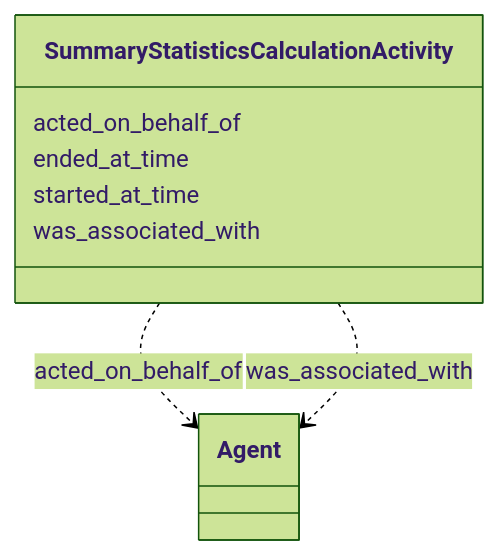
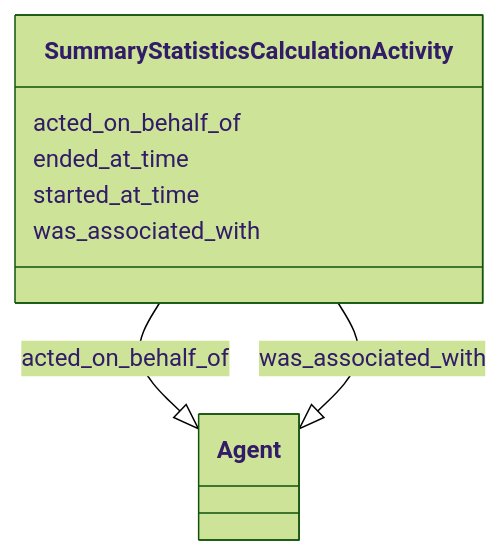
Before and after one commit to INCATools/ontology-access-kit: the diagram in summary-statistics/SummaryStatisticsCalculationActivity.md, drawn with Mermaid (forest theme). The commit also changed other lines of this file and 3011 other files, not shown here.

````diff
--- a/summary-statistics/SummaryStatisticsCalculationActivity.md
+++ b/summary-statistics/SummaryStatisticsCalculationActivity.md
@@ -11,17 +14,17 @@
 ```{mermaid}
  classDiagram
     class SummaryStatisticsCalculationActivity
       SummaryStatisticsCalculationActivity : acted_on_behalf_of
         
-          SummaryStatisticsCalculationActivity ..> Agent : acted_on_behalf_of
+          SummaryStatisticsCalculationActivity --|> Agent : acted_on_behalf_of
         
       SummaryStatisticsCalculationActivity : ended_at_time
         
       SummaryStatisticsCalculationActivity : started_at_time
         
       SummaryStatisticsCalculationActivity : was_associated_with
         
-          SummaryStatisticsCalculationActivity ..> Agent : was_associated_with
+          SummaryStatisticsCalculationActivity --|> Agent : was_associated_with
         
       
 ```
````
